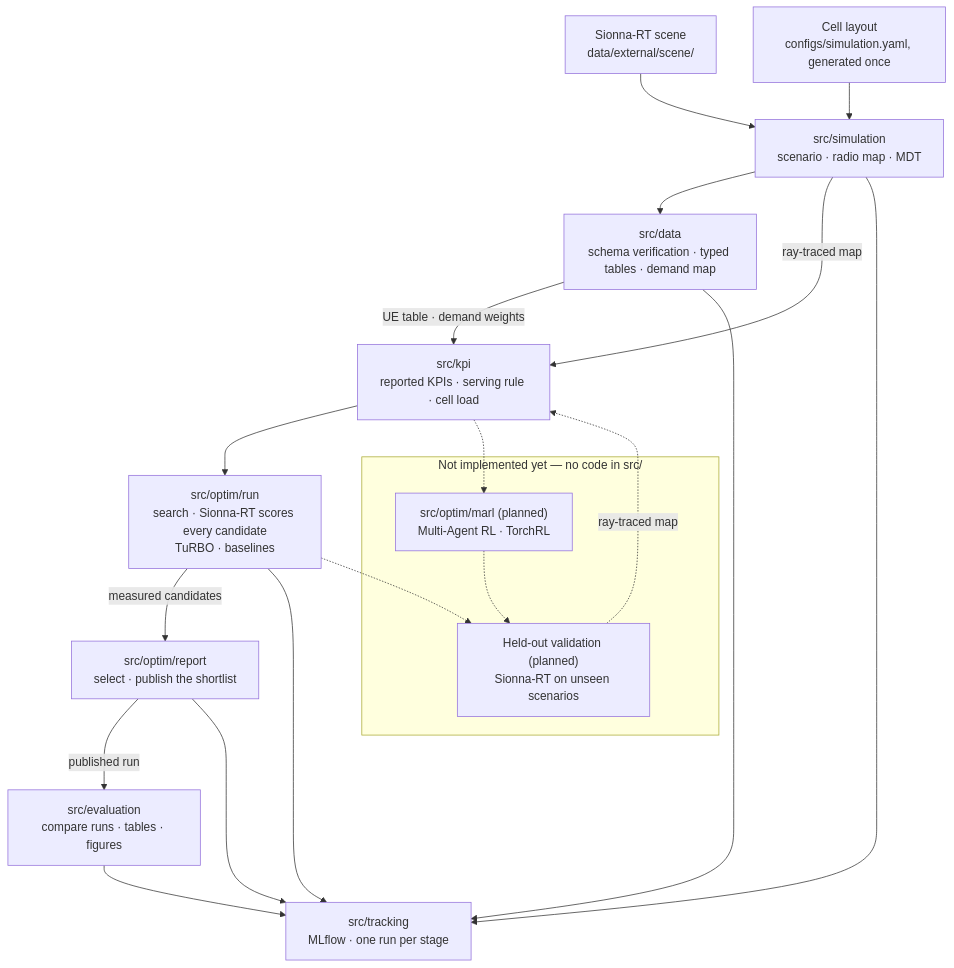
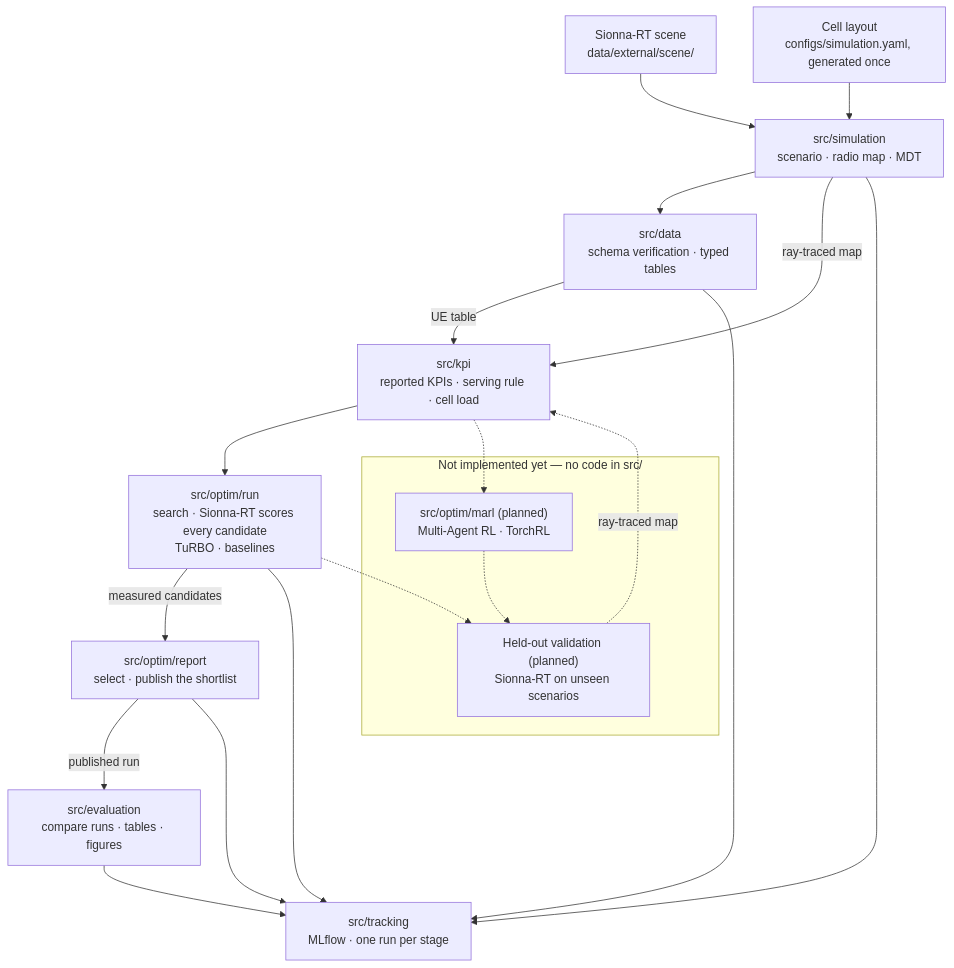
One commit to NguyenVu04/band-tilt changed the diagram in README.md. Above: the diagram before and after it, drawn with Mermaid. The commit also changed other lines of this file and 28 other files, not shown here.

````diff
--- a/README.md
+++ b/README.md
@@ -110,32 +109,32 @@
 ```mermaid
 flowchart TB
     scene["Sionna-RT scene<br/>data/external/scene/"]
     cells["Cell layout<br/>configs/simulation.yaml, generated once"]
 
     sim["src/simulation<br/>scenario · radio map · MDT"]
-    prep["src/data<br/>schema verification · typed tables · demand map"]
+    prep["src/data<br/>schema verification · typed tables"]
     kpi["src/kpi<br/>reported KPIs · serving rule · cell load"]
     opt["src/optim/run<br/>search · Sionna-RT scores every candidate<br/>TuRBO · baselines"]
     ver["src/optim/report<br/>select · publish the shortlist"]
     rep["src/evaluation<br/>compare runs · tables · figures"]
     mlf["src/tracking<br/>MLflow · one run per stage"]
 
     subgraph future["Not implemented yet — no code in src/"]
         marl["src/optim/marl (planned)<br/>Multi-Agent RL · TorchRL"]
         val["Held-out validation (planned)<br/>Sionna-RT on unseen scenarios"]
     end
 
     scene --> sim
     cells --> sim
     sim --> prep
     sim -->|ray-traced map| kpi
-    prep -->|UE table · demand weights| kpi
+    prep -->|UE table| kpi
     kpi --> opt
     opt -->|measured candidates| ver
     ver -->|published run| rep
     sim & prep & opt & ver & rep --> mlf
     kpi -.-> marl
     opt -.-> val
     marl -.-> val
     val -.->|ray-traced map| kpi
 ```
````
